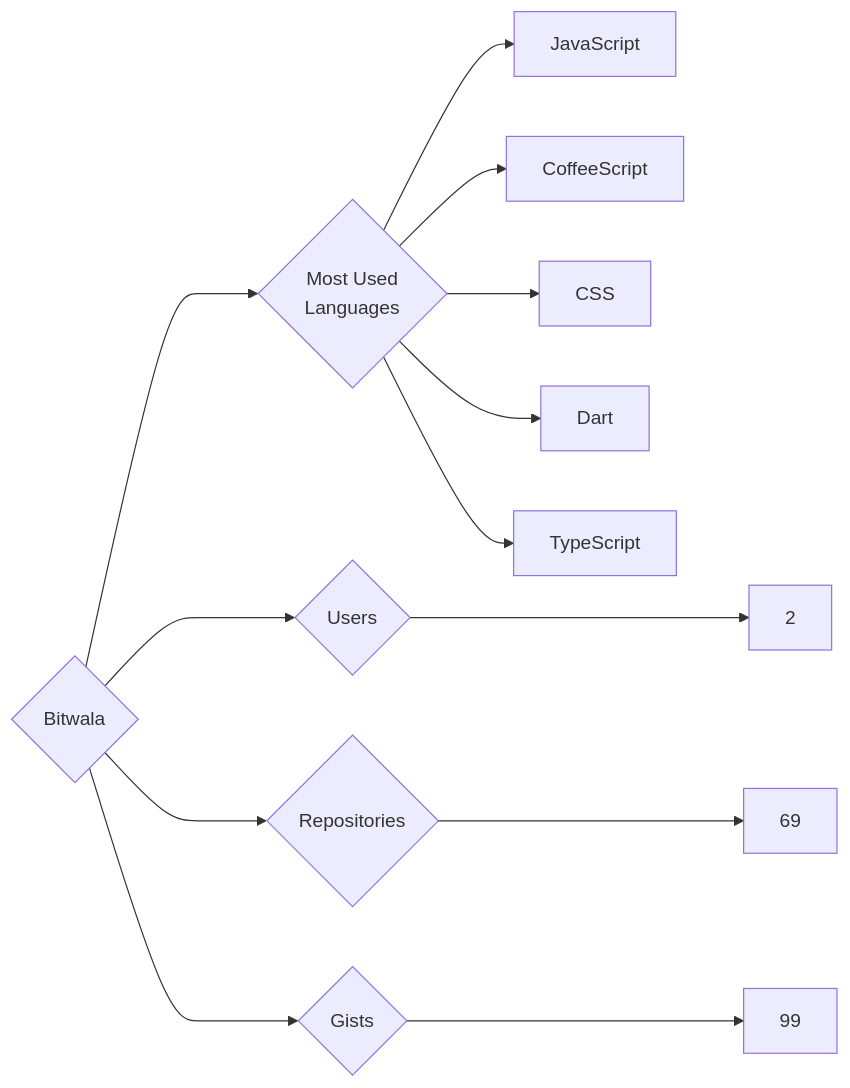
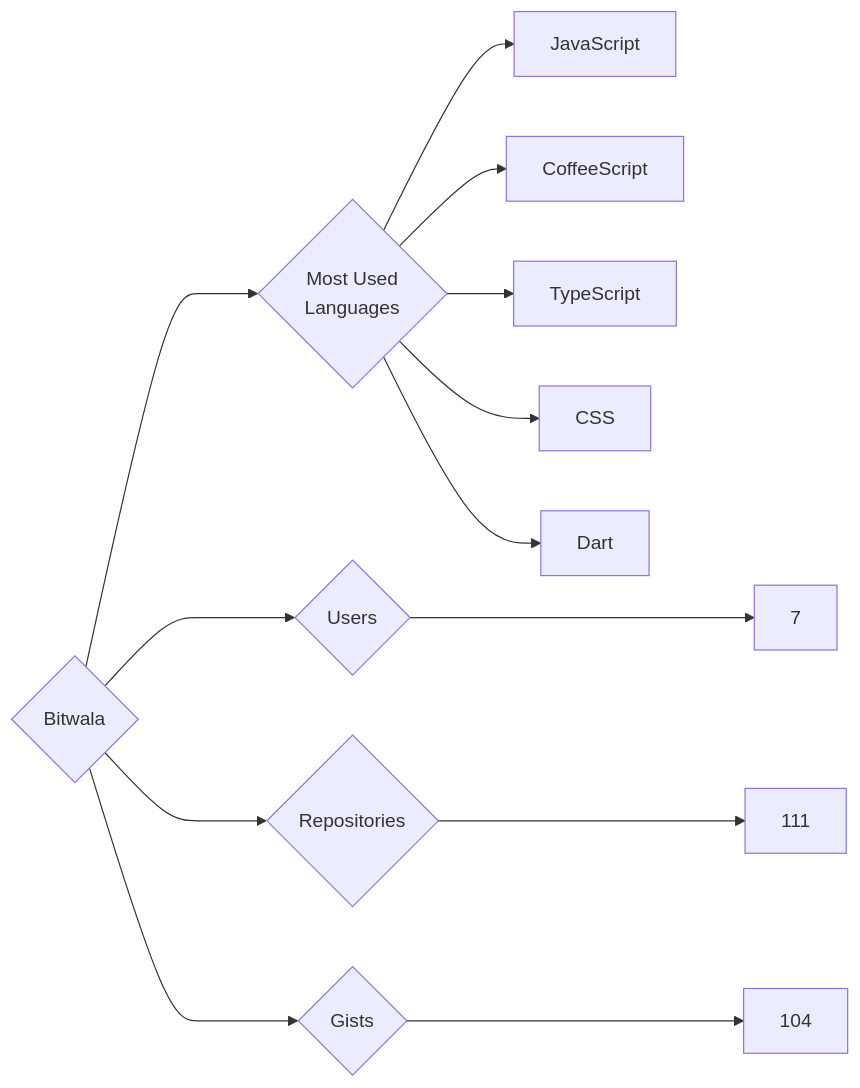
One commit to trickest/insiders changed the diagram in targets/Bitwala/README.md. Above: the diagram before and after it, drawn with Mermaid. The commit also changed 998 other files, not shown here.

````diff
--- a/targets/Bitwala/README.md
+++ b/targets/Bitwala/README.md
@@ -3,13 +3,13 @@
 ```mermaid
 graph LR
 COMPANY_NAME{Bitwala}
-COMPANY_NAME ---> U{Users} ---> UN[2]
-COMPANY_NAME ---> R{Repositories} ---> RN[69]
-COMPANY_NAME ---> G{Gists} ---> GN[99]
+COMPANY_NAME ---> U{Users} ---> UN[7]
+COMPANY_NAME ---> R{Repositories} ---> RN[111]
+COMPANY_NAME ---> G{Gists} ---> GN[104]
 COMPANY_NAME ---> ML{Most Used<br>Languages}
 ML --> JavaScript[JavaScript]
 ML --> CoffeeScript[CoffeeScript]
+ML --> TypeScript[TypeScript]
 ML --> CSS[CSS]
 ML --> Dart[Dart]
-ML --> TypeScript[TypeScript]
 ```
````
